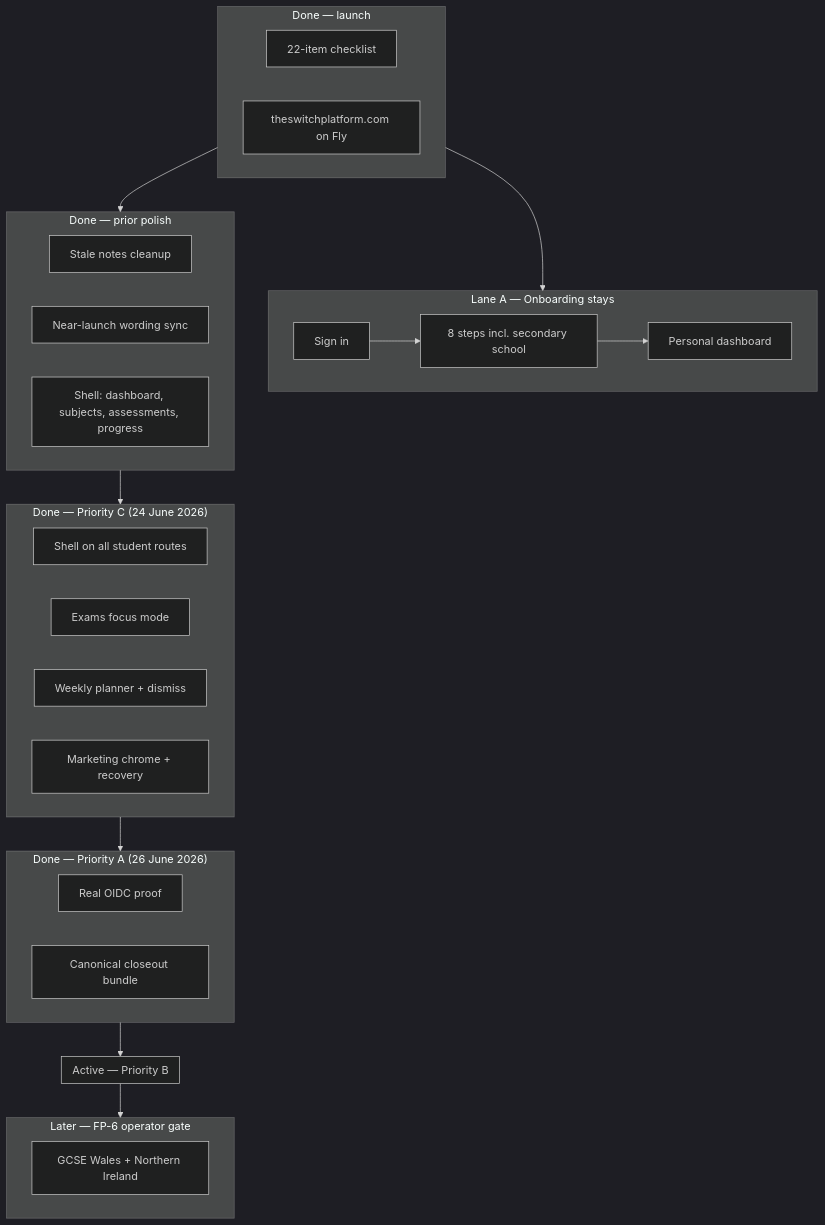
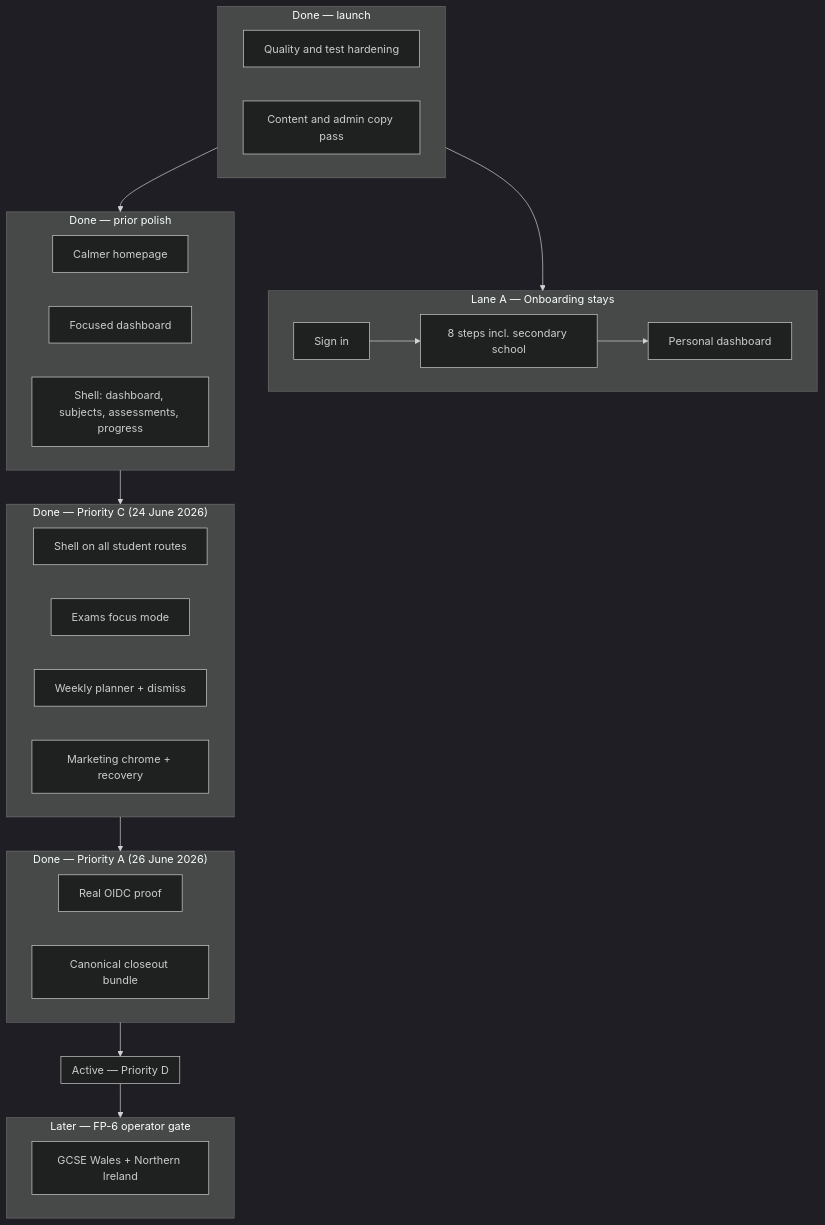
The first of 7 diagrams in HANDOFF.md (tech-fresh/the-switch-platform), drawn with Mermaid (dark theme) before and after one commit. The commit also changed other lines of this file and 13 other files, not shown here.

````diff
--- a/HANDOFF.md
+++ b/HANDOFF.md
@@ -163,41 +174,41 @@
 ```mermaid
 flowchart TD
   subgraph done["Done — launch"]
     D1["22-item checklist"]
     D2["theswitchplatform.com on Fly"]
   end
   subgraph laneA["Lane A — Onboarding stays"]
     A1["Sign in"]
     A2["8 steps incl. secondary school"]
     A3["Personal dashboard"]
     A1 --> A2 --> A3
   end
   subgraph donePolish["Done — prior polish"]
     B1["Calmer homepage"]
     B2["Focused dashboard"]
     B3["Shell: dashboard, subjects, assessments, progress"]
   end
   subgraph doneC["Done — Priority C (24 June 2026)"]
     C1["Shell on all student routes"]
     C2["Exams focus mode"]
     C3["Weekly planner + dismiss"]
     C4["Marketing chrome + recovery"]
   end
   subgraph doneA["Done — Priority A (26 June 2026)"]
     PA1["Real OIDC proof"]
     PA2["Canonical closeout bundle"]
   end
-  subgraph activeB["Active — Priority B"]
-    B1["Stale notes cleanup"]
-    B2["Near-launch wording sync"]
+  subgraph activeD["Active — Priority D"]
+    D1["Quality and test hardening"]
+    D2["Content and admin copy pass"]
   end
   subgraph later["Later — FP-6 operator gate"]
     L1["GCSE Wales + Northern Ireland"]
   end
   done --> laneA
   done --> donePolish
   donePolish --> doneC
   doneC --> doneA
-  doneA --> activeB
-  activeB --> later
+  doneA --> activeD
+  activeD --> later
 ```
````
